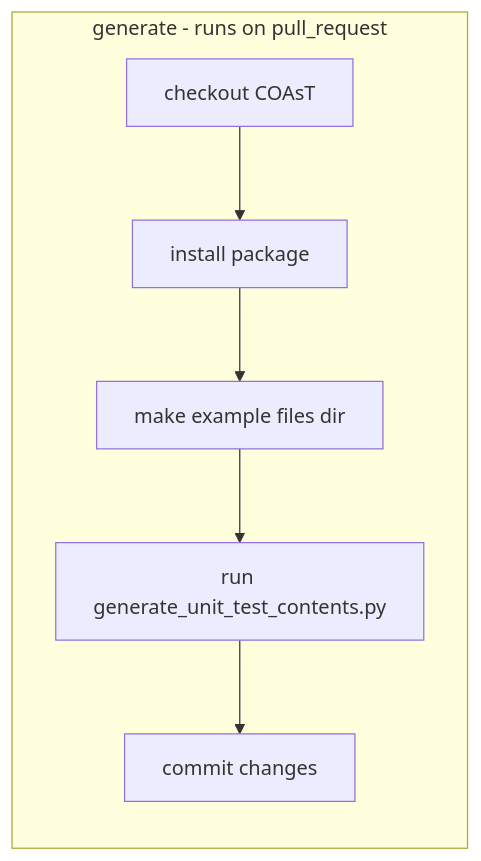
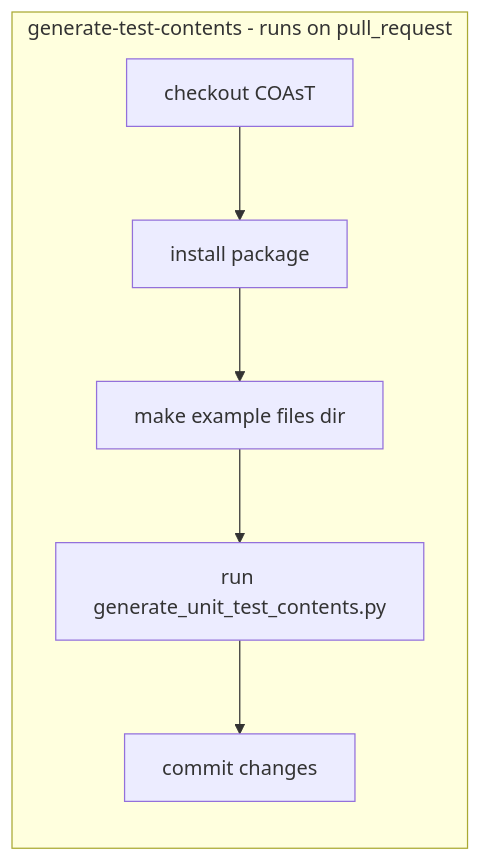
One commit to British-Oceanographic-Data-Centre/COAsT changed the fifth of 6 diagrams in github-actions-flowchart.md. Above: the diagram before and after it, drawn with Mermaid.

````diff
--- a/github-actions-flowchart.md
+++ b/github-actions-flowchart.md
@@ -83,10 +83,10 @@
 ```mermaid
 graph LR
-    subgraph generate - runs on pull_request
+    subgraph generate-test-contents - runs on pull_request
     A[checkout COAsT]-->B;    
     B[install package]-->C;
     C[make example files dir]--> D;
     D[run generate_unit_test_contents.py]-->E
     E[commit changes]
     end;
 ```
````
